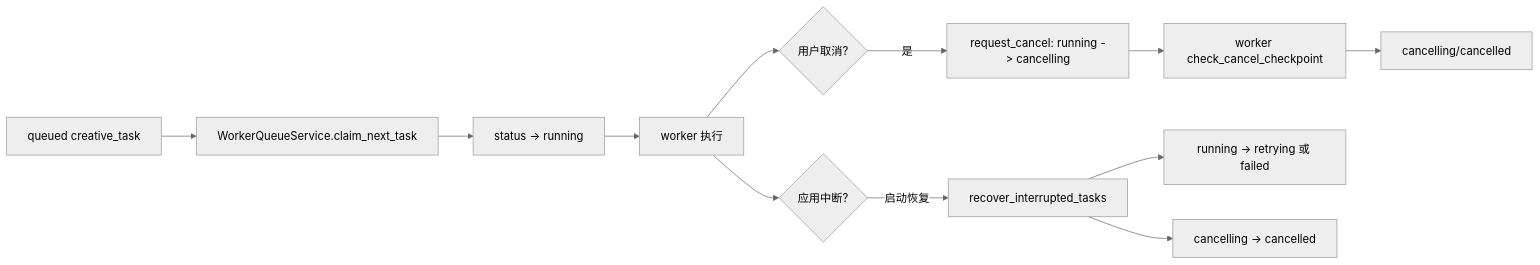
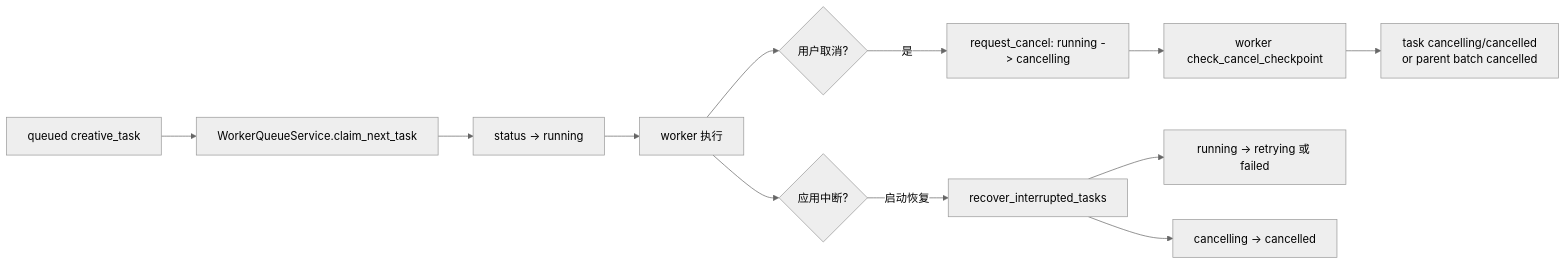
Before and after one commit to MonsterXiong/monster-workbench: diagram 11 of 13 in docs/architecture-current-state.md, drawn with Mermaid (neutral theme). The commit also changed other lines of this file and 3 other files, not shown here.

````diff
--- a/docs/architecture-current-state.md
+++ b/docs/architecture-current-state.md
@@ -935,14 +936,14 @@
 ```mermaid
 flowchart LR
   A["queued creative_task"] --> B["WorkerQueueService.claim_next_task"]
   B --> C["status -> running"]
   C --> D["worker 执行"]
   D --> E{"用户取消?"}
   E -->|是| F["request_cancel: running -> cancelling"]
   F --> G["worker check_cancel_checkpoint"]
-  G --> H["cancelling/cancelled"]
+  G --> H["task cancelling/cancelled<br/>or parent batch cancelled"]
   D --> I{"应用中断?"}
   I -->|启动恢复| J["recover_interrupted_tasks"]
   J --> K["running -> retrying 或 failed"]
   J --> L["cancelling -> cancelled"]
 ```
````
